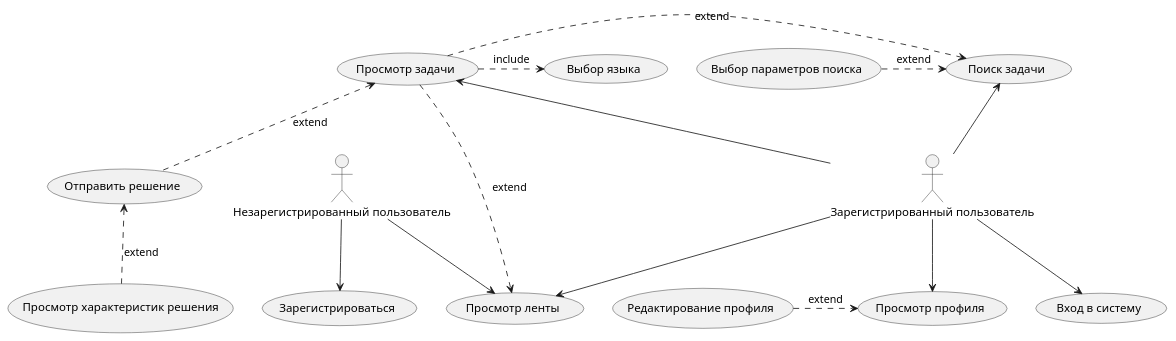
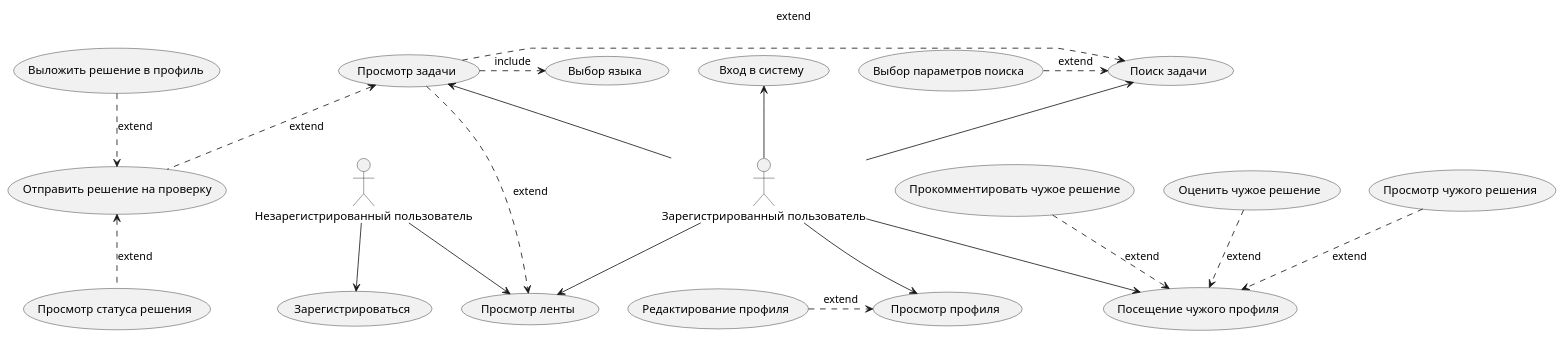
The diagram in plantuml/UseCaseDiagram.puml (DenisovaM/uml-pm), drawn with PlantUML before and after one commit.

```diff
--- a/plantuml/UseCaseDiagram.puml
+++ b/plantuml/UseCaseDiagram.puml
@@ -1,36 +1,44 @@
 @startuml use
-
 'actors
 actor "Незарегистрированный пользователь" as UnregisteredUser
 actor "Зарегистрированный пользователь" as RegisteredUser
 'usecases
 usecase "Просмотр ленты" as FeedView
 usecase "Зарегистрироваться" as SignUp
 usecase "Вход в систему" as LogIn
 usecase "Просмотр профиля" as ViewProfile
-'usecase "Сохранение изменений" as SaveChanges
 usecase "Редактирование профиля" as EditProfile
 usecase "Просмотр задачи" as ViewTask
-usecase "Отправить решение" as SendResolveOfTask
+usecase "Отправить решение на проверку" as SendResolveOfTask
+usecase "Выложить решение в профиль" as SendResolveOfTaskToProfile
 usecase "Поиск задачи" as FindTask
 usecase "Выбор языка" as ChooseLanguage
 usecase "Выбор параметров поиска" as SelectingSearchOptions
-usecase "Просмотр характеристик решения" as ViewSolutionCharacteristics 
+usecase "Просмотр статуса решения" as ViewSolutionCharacteristics 
+usecase "Посещение чужого профиля" as ViewOtherProfile
+usecase "Просмотр чужого решения" as ViewOtherSolution
+usecase "Прокомментировать чужое решение" as CommentOtherSolution
+usecase "Оценить чужое решение" as EvaluateOtherSolution
 'usecases of UnregisteredUser
 UnregisteredUser-->FeedView
 UnregisteredUser-->SignUp
 
 'usecases of RegisteredUser
-RegisteredUser --> LogIn
+RegisteredUser -up-> LogIn
 RegisteredUser -->FeedView
 RegisteredUser --> ViewProfile
 EditProfile .> ViewProfile : extend
 RegisteredUser -up-> FindTask
 RegisteredUser --> ViewTask
 ViewTask .> FeedView : extend
 ViewTask .> FindTask : extend
 SelectingSearchOptions .> FindTask : extend
 SendResolveOfTask .up.> ViewTask : extend
 ViewTask.> ChooseLanguage  : include
 ViewSolutionCharacteristics .up.> SendResolveOfTask : extend
+SendResolveOfTaskToProfile ..> SendResolveOfTask : extend
+RegisteredUser --> ViewOtherProfile
+ViewOtherSolution ..> ViewOtherProfile : extend
+CommentOtherSolution ..> ViewOtherProfile : extend
+EvaluateOtherSolution ..> ViewOtherProfile : extend
 @enduml
```
